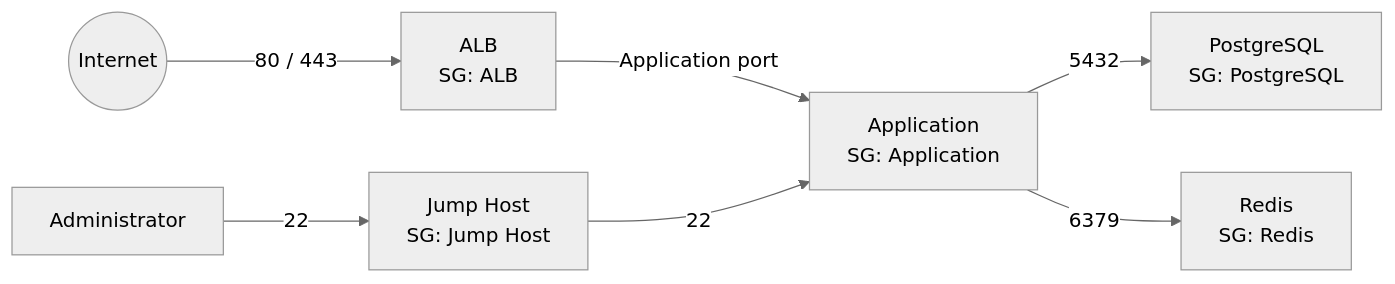
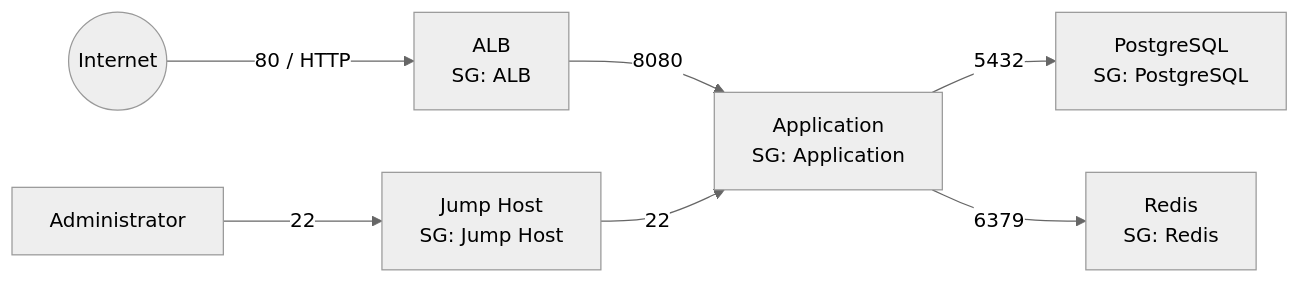
The diagram in docs/security.md (PepeuFBV/tf-aws-alb-app-rds-redis), drawn with Mermaid (neutral theme) before and after one commit. The commit also changed other lines of this file and 2 other files, not shown here.

````diff
--- a/docs/security.md
+++ b/docs/security.md
@@ -63,21 +64,21 @@
 ```mermaid
 flowchart LR
     INTERNET((Internet))
     ADMIN["Administrator"]
 
     ALB["ALB<br/>SG: ALB"]
     APP["Application<br/>SG: Application"]
     JUMP["Jump Host<br/>SG: Jump Host"]
 
     PG["PostgreSQL<br/>SG: PostgreSQL"]
     REDIS["Redis<br/>SG: Redis"]
 
-    INTERNET -->|"80 / 443"| ALB
-    ALB -->|"Application port"| APP
+    INTERNET -->|"80 / HTTP"| ALB
+    ALB -->|"8080"| APP
 
     APP -->|"5432"| PG
     APP -->|"6379"| REDIS
 
     ADMIN -->|"22"| JUMP
     JUMP -->|"22"| APP
 ```
````
